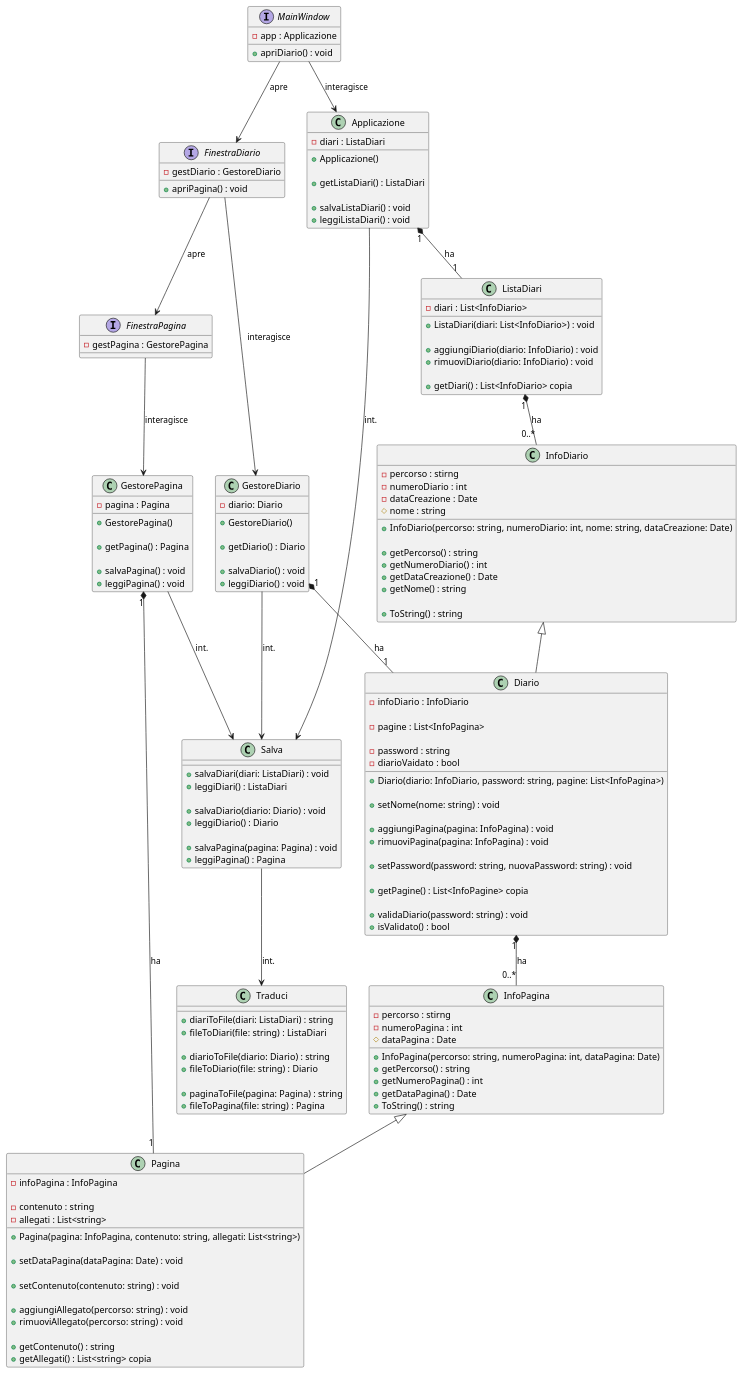
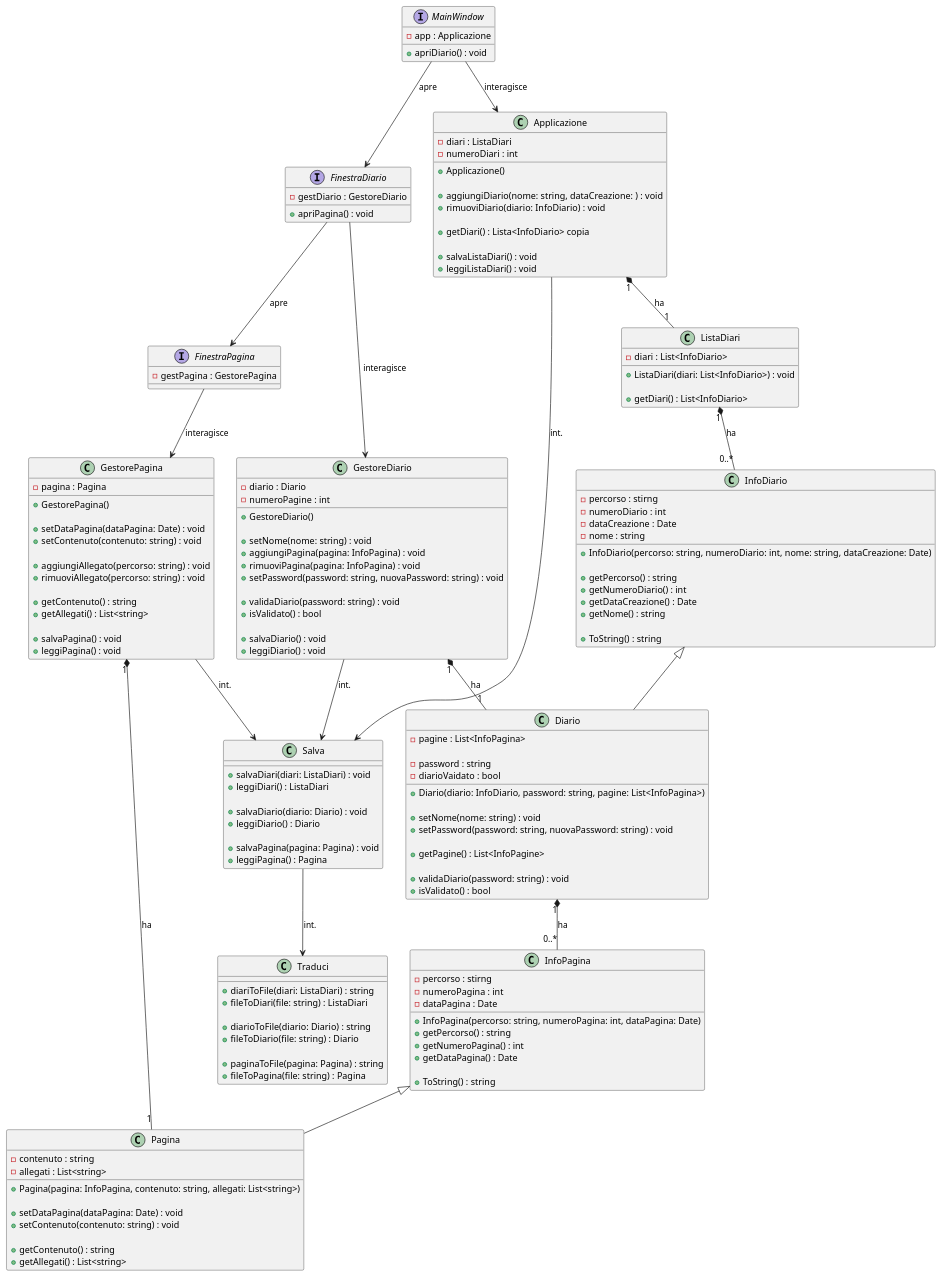
The diagram in diagrammi/ClassDiagram.puml (Borgo2000/Progetto-diario), drawn with PlantUML before and after one commit.

Commit message:
Modifica diagramma delle classi

```diff
--- a/diagrammi/ClassDiagram.puml
+++ b/diagrammi/ClassDiagram.puml
@@ -20,12 +20,15 @@
 'Classi di gestione dati x interfacce
 class Applicazione{
     -diari : ListaDiari
+    -numeroDiari : int
 
     'Inizializza la lista diari tramite classe Salva
     +Applicazione()
 
-    'Permette a MainWindow di interfacciarsi con ListaDiari
-    +getListaDiari() : ListaDiari
+    +aggiungiDiario(nome: string, dataCreazione: ) : void
+    +rimuoviDiario(diario: InfoDiario) : void
+
+    +getDiari() : Lista<InfoDiario> copia
 
     'Metodi per salvataggio su disco
     +salvaListaDiari() : void
@@ -33,13 +36,19 @@
 }
 
 class GestoreDiario{
-    -diario: Diario
+    -diario : Diario
+    -numeroPagine : int
 
     'Inizializza il diario
     +GestoreDiario()
 
-    'Permette a FinestraDiario di interfacciarsi con Diario
-    +getDiario() : Diario
+    +setNome(nome: string) : void
+    +aggiungiPagina(pagina: InfoPagina) : void
+    +rimuoviPagina(pagina: InfoPagina) : void
+    +setPassword(password: string, nuovaPassword: string) : void
+
+    +validaDiario(password: string) : void
+    +isValidato() : bool
 
     'Metodi per salvataggio su disco
     +salvaDiario() : void
@@ -52,8 +61,14 @@
     'Inizializza la pagina
     +GestorePagina()
 
-    'Permette a FinestraDiario di interfacciarsi con Diario
-    +getPagina() : Pagina
+    +setDataPagina(dataPagina: Date) : void
+    +setContenuto(contenuto: string) : void
+
+    +aggiungiAllegato(percorso: string) : void
+    +rimuoviAllegato(percorso: string) : void
+
+    +getContenuto() : string
+    +getAllegati() : List<string>
 
     'Metodi per salvataggio su disco
     +salvaPagina() : void
@@ -66,17 +81,14 @@
 
     +ListaDiari(diari: List<InfoDiario>) : void
 
-    +aggiungiDiario(diario: InfoDiario) : void
-    +rimuoviDiario(diario: InfoDiario) : void
-
-    +getDiari() : List<InfoDiario> copia
+    +getDiari() : List<InfoDiario>
 }
 
 class InfoDiario{
     -percorso : stirng
     -numeroDiario : int
     -dataCreazione : Date
-    #nome : string
+    -nome : string
 
     +InfoDiario(percorso: string, numeroDiario: int, nome: string, dataCreazione: Date)
 
@@ -89,8 +101,6 @@
 }
 
 class Diario extends InfoDiario{
-    -infoDiario : InfoDiario
-
     -pagine : List<InfoPagina>
     
     -password : string
@@ -100,14 +110,10 @@
 
     'setter
     +setNome(nome: string) : void
-
-    +aggiungiPagina(pagina: InfoPagina) : void
-    +rimuoviPagina(pagina: InfoPagina) : void
-
     +setPassword(password: string, nuovaPassword: string) : void
 
     'getter
-    +getPagine() : List<InfoPagine> copia
+    +getPagine() : List<InfoPagine>
 
     'sicurezza
     +validaDiario(password: string) : void
@@ -117,20 +123,17 @@
 class InfoPagina{
     -percorso : stirng
     -numeroPagina : int
-    #dataPagina : Date
+    -dataPagina : Date
 
     +InfoPagina(percorso: string, numeroPagina: int, dataPagina: Date)
     +getPercorso() : string
     +getNumeroPagina() : int
     +getDataPagina() : Date
 
-
     +ToString() : string
 }
 
 class Pagina extends InfoPagina{
-    -infoPagina : InfoPagina
-
     -contenuto : string
     -allegati : List<string>
 
@@ -138,15 +141,11 @@
 
     'setter
     +setDataPagina(dataPagina: Date) : void
-
     +setContenuto(contenuto: string) : void
-    
-    +aggiungiAllegato(percorso: string) : void
-    +rimuoviAllegato(percorso: string) : void
 
     'getter
     +getContenuto() : string
-    +getAllegati() : List<string> copia
+    +getAllegati() : List<string>
 }
 
 'Traduttori e salvataggio dati
```
